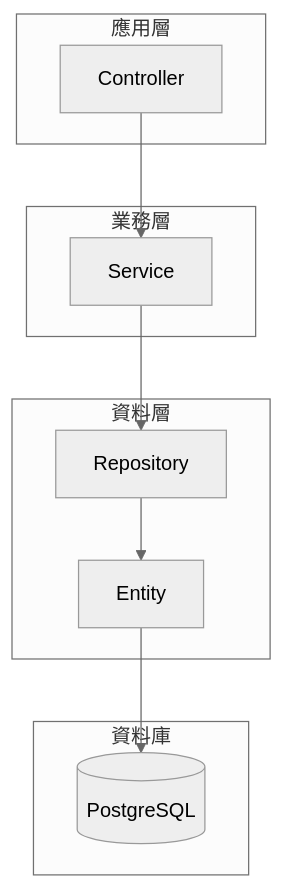
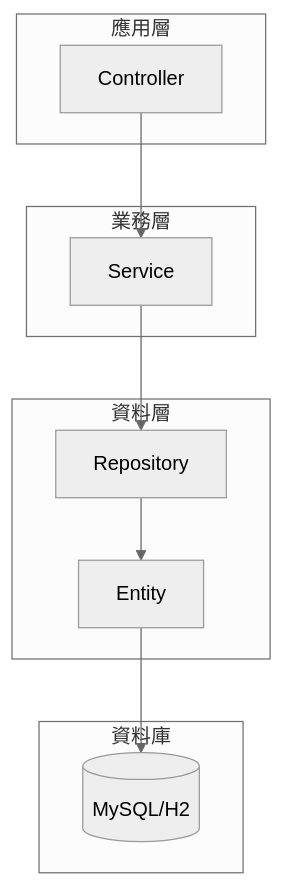
One commit to Jared73431/SpringTest changed the first of 6 diagrams in Spring_JPA2/readme.md. Above: the diagram before and after it, drawn with Mermaid (neutral theme). The commit also changed other lines of this file and 1 other file, not shown here.

````diff
--- a/Spring_JPA2/readme.md
+++ b/Spring_JPA2/readme.md
@@ -39,24 +39,24 @@
 ```mermaid
 graph TB
     subgraph "應用層"
         A[Controller]
     end
     
     subgraph "業務層"
         B[Service]
     end
     
     subgraph "資料層"
         C[Repository]
         D[Entity]
     end
     
     subgraph "資料庫"
-        E[(PostgreSQL)]
+        E[(MySQL/H2)]
     end
     
     A --> B
     B --> C
     C --> D
     D --> E
 ```
````
